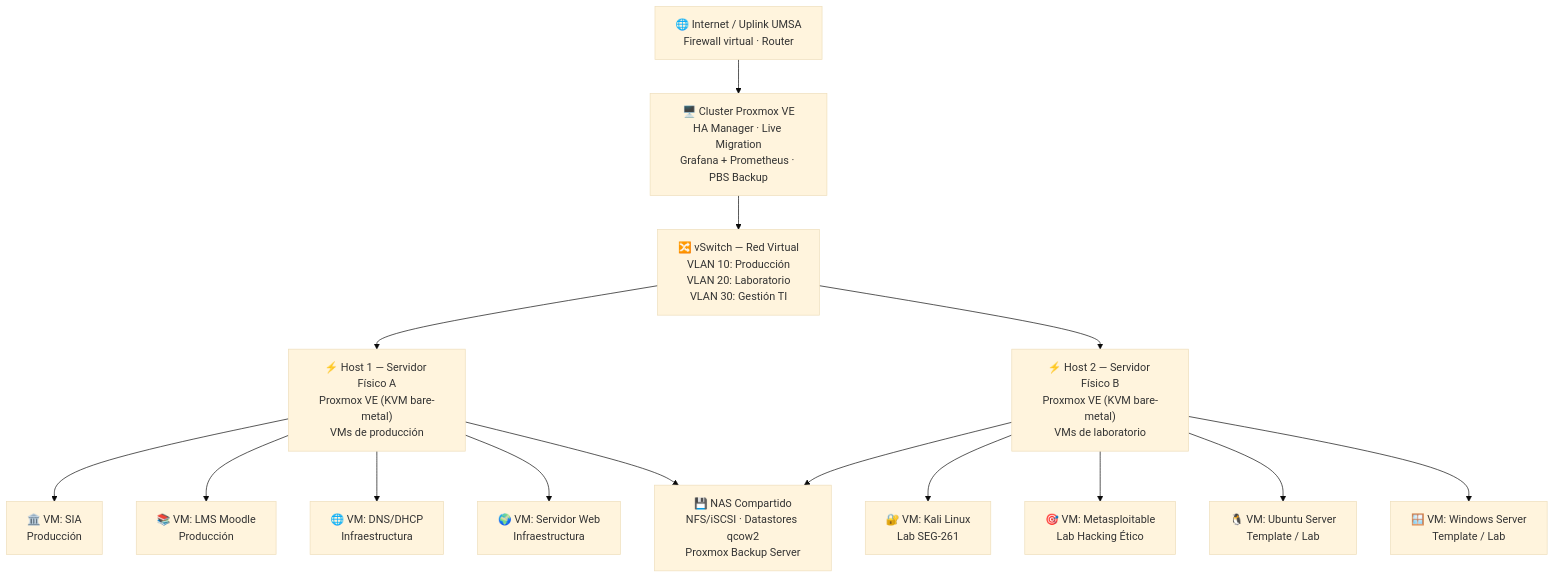
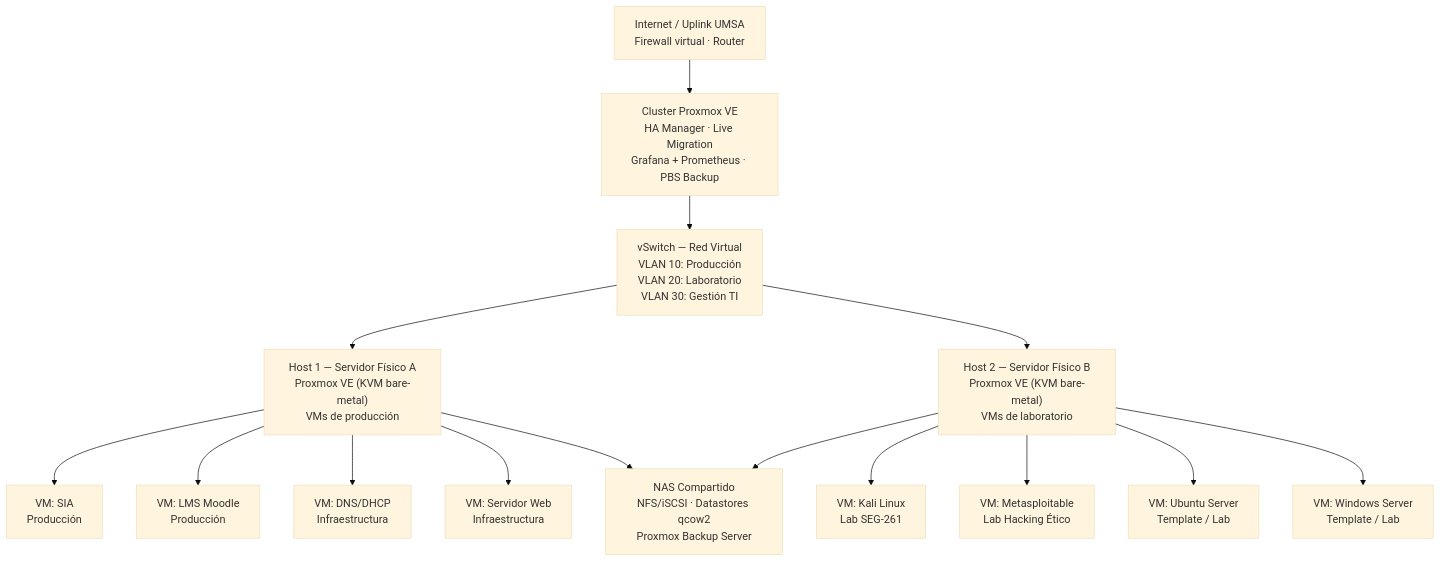
One commit to VillaAlexTor/Condor-Framework changed the ninth of 10 diagrams in a.md. Above: the diagram before and after it, drawn with Mermaid (base theme).

Commit message:
eliminar a.md2

````diff
--- a/a.md
+++ b/a.md
@@ -304,24 +304,24 @@
 ```mermaid
 graph TD
-    INT["🌐 Internet / Uplink UMSA\nFirewall virtual · Router"]
+    INT["Internet / Uplink UMSA\nFirewall virtual · Router"]
 
-    INT --> CLUSTER["🖥️ Cluster Proxmox VE\nHA Manager · Live Migration\nGrafana + Prometheus · PBS Backup"]
+    INT --> CLUSTER["Cluster Proxmox VE\nHA Manager · Live Migration\nGrafana + Prometheus · PBS Backup"]
 
-    CLUSTER --> VSWITCH["🔀 vSwitch — Red Virtual\nVLAN 10: Producción\nVLAN 20: Laboratorio\nVLAN 30: Gestión TI"]
+    CLUSTER --> VSWITCH["vSwitch — Red Virtual\nVLAN 10: Producción\nVLAN 20: Laboratorio\nVLAN 30: Gestión TI"]
 
-    VSWITCH --> HOST1["⚡ Host 1 — Servidor Físico A\nProxmox VE (KVM bare-metal)\nVMs de producción"]
-    VSWITCH --> HOST2["⚡ Host 2 — Servidor Físico B\nProxmox VE (KVM bare-metal)\nVMs de laboratorio"]
+    VSWITCH --> HOST1["Host 1 — Servidor Físico A\nProxmox VE (KVM bare-metal)\nVMs de producción"]
+    VSWITCH --> HOST2["Host 2 — Servidor Físico B\nProxmox VE (KVM bare-metal)\nVMs de laboratorio"]
 
-    HOST1 --> SIA["🏛️ VM: SIA\nProducción"]
-    HOST1 --> LMS["📚 VM: LMS Moodle\nProducción"]
-    HOST1 --> DNS["🌐 VM: DNS/DHCP\nInfraestructura"]
-    HOST1 --> WEB["🌍 VM: Servidor Web\nInfraestructura"]
+    HOST1 --> SIA["VM: SIA\nProducción"]
+    HOST1 --> LMS["VM: LMS Moodle\nProducción"]
+    HOST1 --> DNS["VM: DNS/DHCP\nInfraestructura"]
+    HOST1 --> WEB["VM: Servidor Web\nInfraestructura"]
 
-    HOST2 --> KALI["🔐 VM: Kali Linux\nLab SEG-261"]
-    HOST2 --> META["🎯 VM: Metasploitable\nLab Hacking Ético"]
-    HOST2 --> UBU["🐧 VM: Ubuntu Server\nTemplate / Lab"]
-    HOST2 --> WIN["🪟 VM: Windows Server\nTemplate / Lab"]
+    HOST2 --> KALI["VM: Kali Linux\nLab SEG-261"]
+    HOST2 --> META["VM: Metasploitable\nLab Hacking Ético"]
+    HOST2 --> UBU["VM: Ubuntu Server\nTemplate / Lab"]
+    HOST2 --> WIN["VM: Windows Server\nTemplate / Lab"]
 
-    HOST1 --> NAS["💾 NAS Compartido\nNFS/iSCSI · Datastores qcow2\nProxmox Backup Server"]
+    HOST1 --> NAS["NAS Compartido\nNFS/iSCSI · Datastores qcow2\nProxmox Backup Server"]
     HOST2 --> NAS
 ```
````
